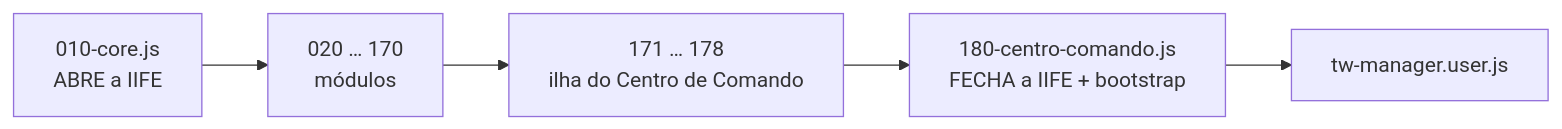
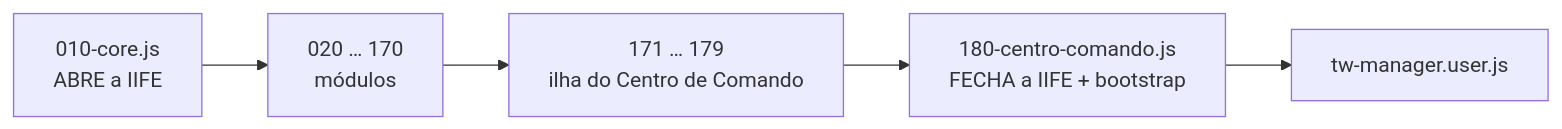
One commit to JonathanWillianBraga/tw changed the first of 2 diagrams in docs/arquitetura.md. Above: the diagram before and after it, drawn with Mermaid. The commit also changed other lines of this file and 15 other files, not shown here.

````diff
--- a/docs/arquitetura.md
+++ b/docs/arquitetura.md
@@ -17,7 +17,7 @@
 ```mermaid
 flowchart LR
   A["010-core.js<br/>ABRE a IIFE"] --> B["020 … 170<br/>módulos"]
-  B --> C["171 … 178<br/>ilha do Centro de Comando"]
+  B --> C["171 … 179<br/>ilha do Centro de Comando"]
   C --> D["180-centro-comando.js<br/>FECHA a IIFE + bootstrap"]
   D --> E["tw-manager.user.js"]
 ```
````
